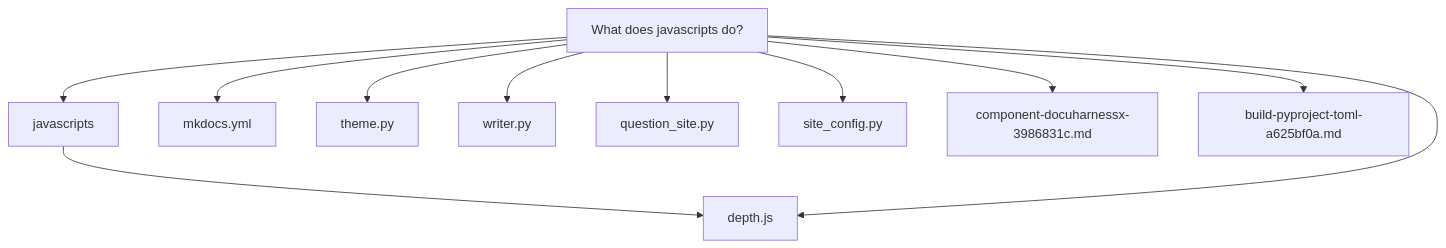
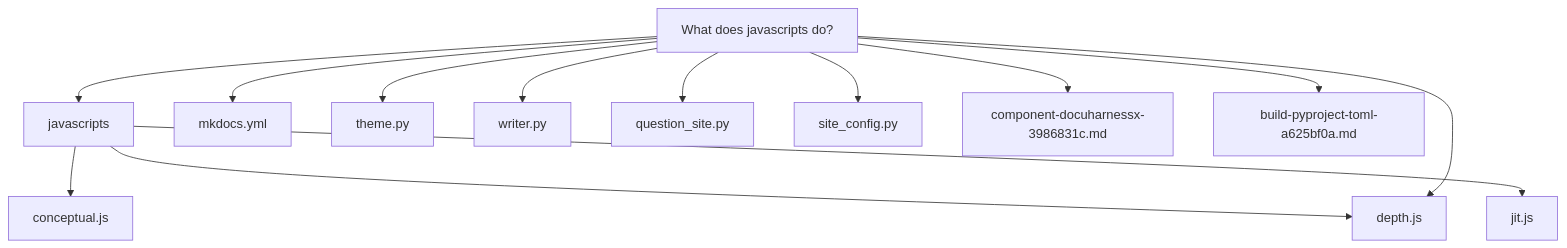
The third of 4 diagrams in docs/component-javascripts-2aa9650e.md (norandom/DocuHarnessX), drawn with Mermaid before and after one commit. The commit also changed 2 other files, not shown here.

Commit message:
[dhx] update living docs and MkDocs

````diff
--- a/docs/component-javascripts-2aa9650e.md
+++ b/docs/component-javascripts-2aa9650e.md
@@ -91,23 +91,27 @@
 ```mermaid
 flowchart TB
  n0["What does javascripts do?"]
  n1["javascripts"]
- n2["depth.js"]
- n3["mkdocs.yml"]
- n4["theme.py"]
- n5["writer.py"]
- n6["question_site.py"]
- n7["site_config.py"]
- n8["component-docuharnessx-3986831c.md"]
- n9["build-pyproject-toml-a625bf0a.md"]
+ n2["conceptual.js"]
+ n3["depth.js"]
+ n4["jit.js"]
+ n5["mkdocs.yml"]
+ n6["theme.py"]
+ n7["writer.py"]
+ n8["question_site.py"]
+ n9["site_config.py"]
+ n10["component-docuharnessx-3986831c.md"]
+ n11["build-pyproject-toml-a625bf0a.md"]
  n0 --> n1
  n1 --> n2
- n0 --> n3
- n0 --> n4
+ n1 --> n3
+ n1 --> n4
  n0 --> n5
  n0 --> n6
- n0 --> n2
  n0 --> n7
  n0 --> n8
+ n0 --> n3
  n0 --> n9
+ n0 --> n10
+ n0 --> n11
 ```
````
